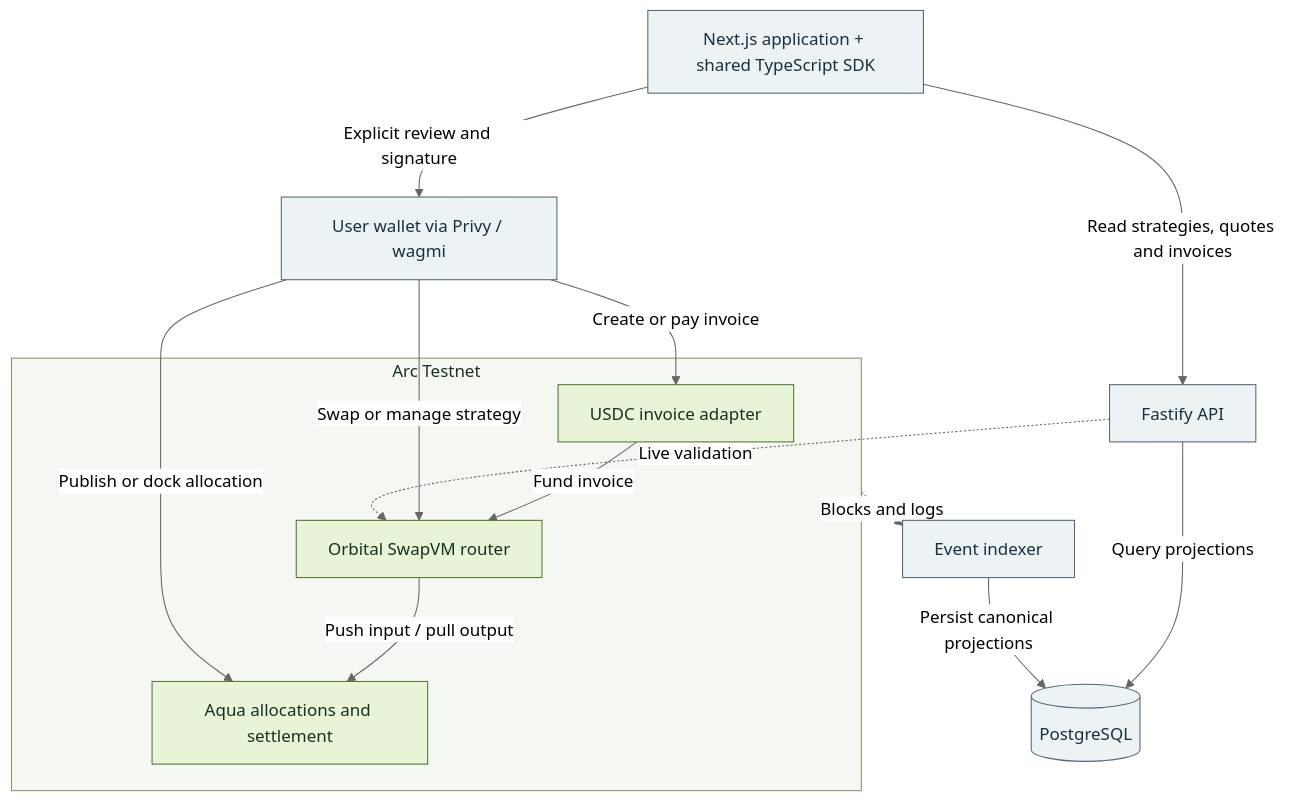
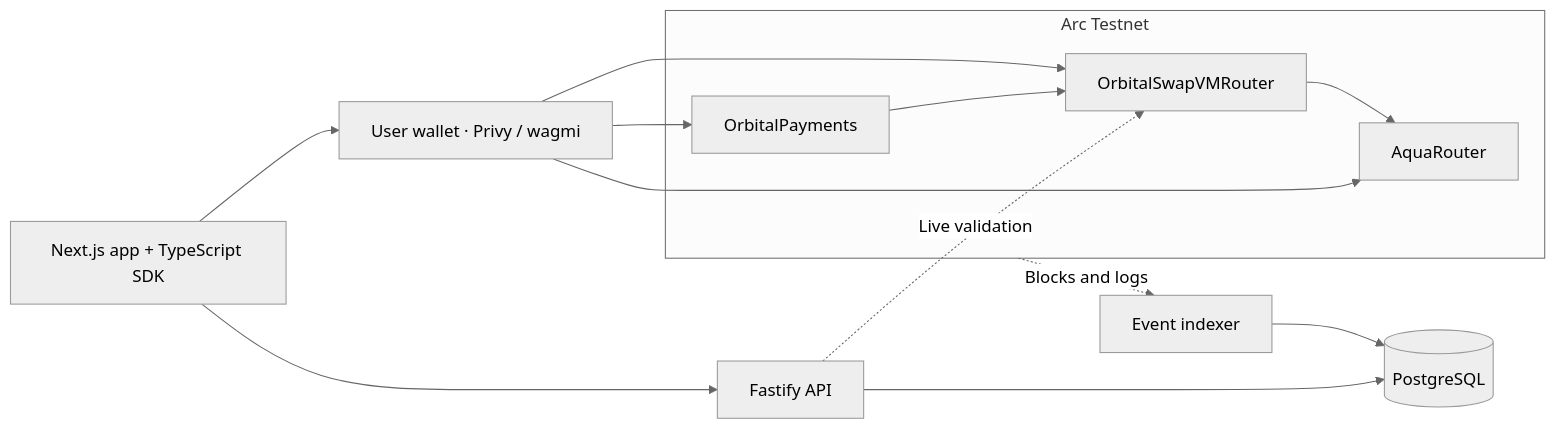
Before and after one commit to AnInsaneJimJam/aqua-orbital: the second of 2 diagrams in README.md, drawn with Mermaid (neutral theme). The commit also changed other lines of this file, not shown here.

````diff
--- a/README.md
+++ b/README.md
@@ -135,29 +229,16 @@
 ```mermaid
-flowchart TB
-  app["Next.js application + shared TypeScript SDK"]
-  wallet["User wallet via Privy / wagmi"]
-  api["Fastify API"]
-  db[("PostgreSQL")]
-  indexer["Event indexer"]
-  app -->|"Read strategies, quotes and invoices"| api
-  api -->|"Query projections"| db
-  app -->|"Explicit review and signature"| wallet
+flowchart LR
+  app["Next.js app + TypeScript SDK"] --> wallet["User wallet · Privy / wagmi"]
+  app --> api["Fastify API"]
+  api --> db[("PostgreSQL")]
+  indexer["Event indexer"] --> db
   subgraph arc["Arc Testnet"]
-    payments["USDC invoice adapter"]
-    router["Orbital SwapVM router"]
-    aqua["Aqua allocations and settlement"]
-    payments -->|"Fund invoice"| router
-    router -->|"Push input / pull output"| aqua
+    payments["OrbitalPayments"] --> router["OrbitalSwapVMRouter"]
+    router --> aqua["AquaRouter"]
   end
-  wallet -->|"Swap or manage strategy"| router
-  wallet -->|"Create or pay invoice"| payments
-  wallet -->|"Publish or dock allocation"| aqua
+  wallet --> router
+  wallet --> payments
+  wallet --> aqua
   api -.->|"Live validation"| router
   arc -.->|"Blocks and logs"| indexer
-  indexer -->|"Persist canonical projections"| db
-  classDef contract fill:#e8f4d5,stroke:#527536,color:#183022
-  classDef service fill:#edf2f5,stroke:#526875,color:#19303d
-  class payments,router,aqua contract
-  class app,wallet,api,indexer,db service
-  style arc fill:#f5f8f2,stroke:#82956d,color:#183022
 ```
````
